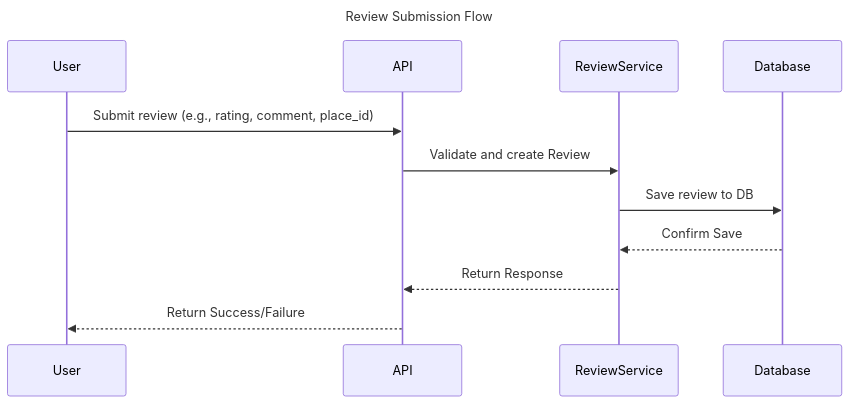
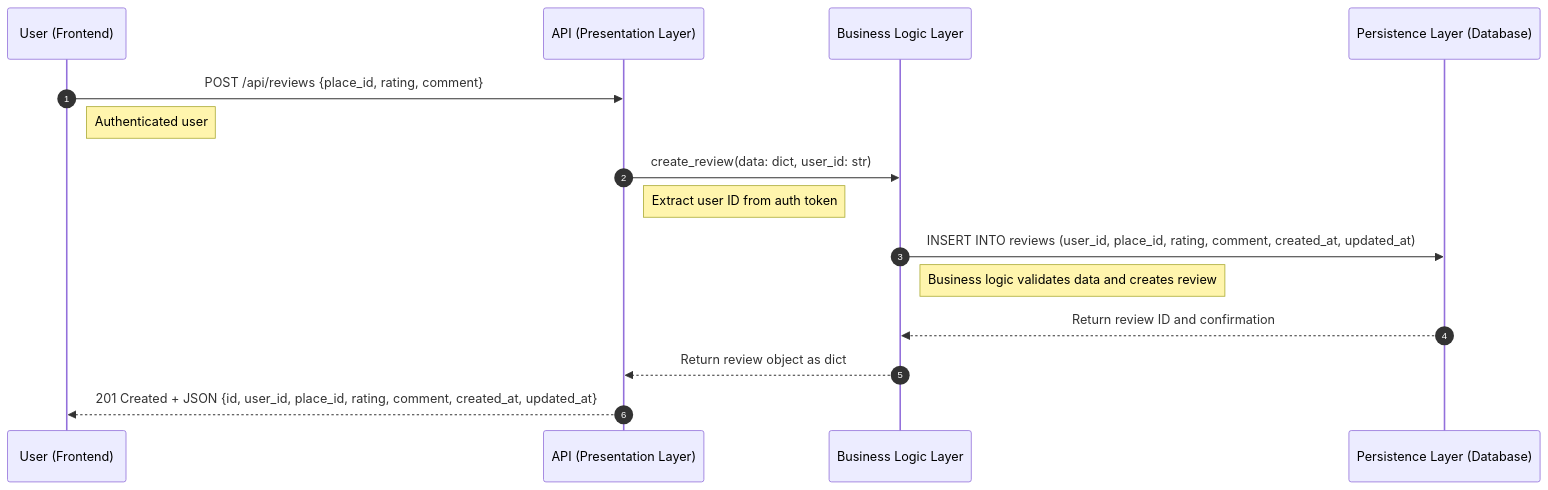
The third of 4 diagrams in part1/2_Sequence_Diagrams.md (Roullito/holbertonschool-hbnb), drawn with Mermaid before and after one commit. The commit also changed other lines of this file, not shown here.

Commit message:
refactor: update sequence diagrams for API calls with detailed descriptions and improved structure

````diff
--- a/part1/2_Sequence_Diagrams.md
+++ b/part1/2_Sequence_Diagrams.md
@@ -67,17 +73,22 @@
 ```mermaid
 sequenceDiagram
-title Review Submission Flow
+    autonumber
+    participant Client as User (Frontend)
+    participant API as API (Presentation Layer)
+    participant Logic as Business Logic Layer
+    participant DB as Persistence Layer (Database)
 
-participant User
-participant API
-participant ReviewService
-participant Database
+    Client->>API: POST /api/reviews {place_id, rating, comment}
+    Note right of Client: Authenticated user
 
-User ->> API: Submit review (e.g., rating, comment, place_id)
-API ->> ReviewService: Validate and create Review
-ReviewService ->> Database: Save review to DB
-Database -->> ReviewService: Confirm Save
-ReviewService -->> API: Return Response
-API -->> User: Return Success/Failure
+    API->>Logic: create_review(data: dict, user_id: str)
+    Note right of API: Extract user ID from auth token
+
+    Logic->>DB: INSERT INTO reviews (user_id, place_id, rating, comment, created_at, updated_at)
+    Note right of Logic: Business logic validates data and creates review
+
+    DB-->>Logic: Return review ID and confirmation
+    Logic-->>API: Return review object as dict
+    API-->>Client: 201 Created + JSON {id, user_id, place_id, rating, comment, created_at, updated_at}
 
 ```
````
